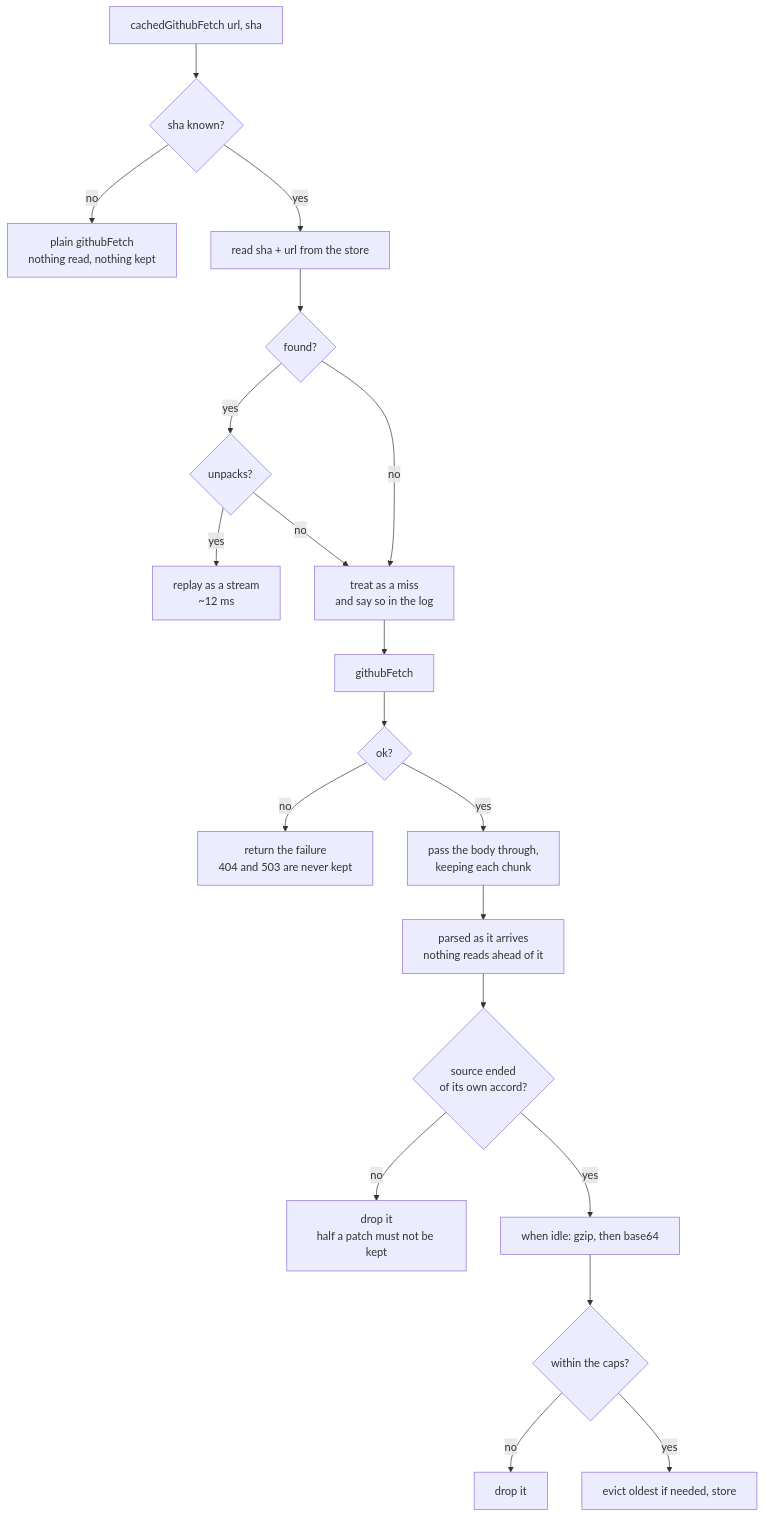
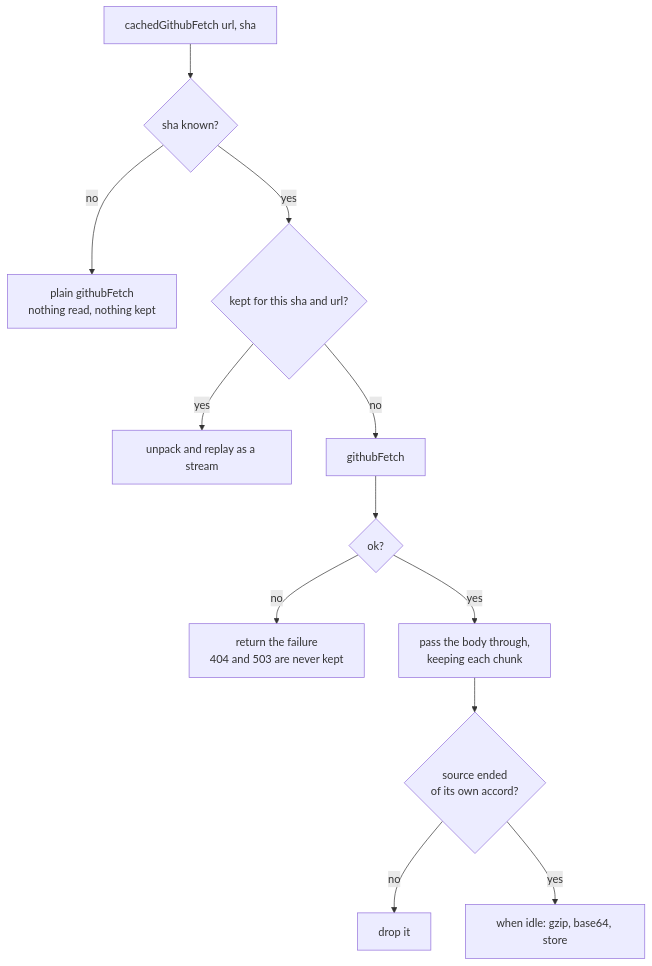
Before and after one commit to jantimon/diffshub-for-github: the diagram in docs/caching.md, drawn with Mermaid. The commit also changed other lines of this file and 8 other files, not shown here.

````diff
--- a/docs/caching.md
+++ b/docs/caching.md
@@ -24,22 +16,14 @@
 ```mermaid
 flowchart TD
     A[cachedGithubFetch url, sha] --> B{sha known?}
     B -- no --> Z[plain githubFetch<br/>nothing read, nothing kept]
-    B -- yes --> C[read sha + url from the store]
-    C --> D{found?}
-    D -- yes --> E{unpacks?}
-    E -- yes --> F[replay as a stream<br/>~12 ms]
-    E -- no --> G[treat as a miss<br/>and say so in the log]
-    D -- no --> G
-    G --> H[githubFetch]
+    B -- yes --> C{kept for this sha and url?}
+    C -- yes --> F[unpack and replay as a stream]
+    C -- no --> H[githubFetch]
     H --> I{ok?}
     I -- no --> J[return the failure<br/>404 and 503 are never kept]
     I -- yes --> K[pass the body through,<br/>keeping each chunk]
-    K --> L[parsed as it arrives<br/>nothing reads ahead of it]
-    L --> N{source ended<br/>of its own accord?}
-    N -- no --> O[drop it<br/>half a patch must not be kept]
-    N -- yes --> P[when idle: gzip, then base64]
-    P --> Q{within the caps?}
-    Q -- no --> R[drop it]
-    Q -- yes --> S[evict oldest if needed, store]
+    K --> N{source ended<br/>of its own accord?}
+    N -- no --> O[drop it]
+    N -- yes --> P[when idle: gzip, base64, store]
 ```
````
